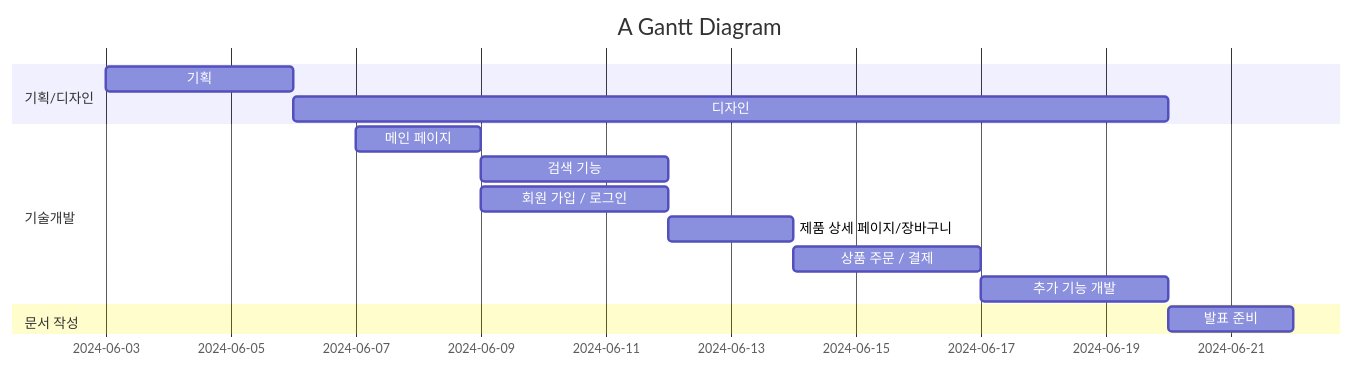
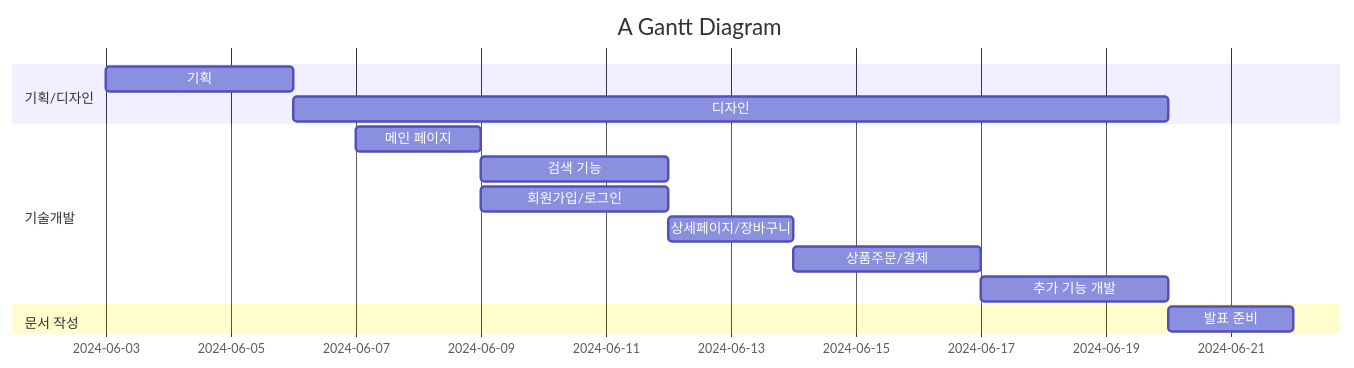
Before and after one commit to laira2/hyean: the diagram in README.md, drawn with Mermaid.

````diff
--- a/README.md
+++ b/README.md
@@ -3,17 +3,17 @@
 ```mermaid
   gantt
     title A Gantt Diagram
     dateFormat  YYYY-MM-DD
     section 기획/디자인
     기획           :a1, 2024-06-03, 3d
     디자인     :after a1  , 14d
     section 기술개발
     메인 페이지      :a2, 2024-06-07  , 2d
     검색 기능       :after a2, 3d
-    회원 가입 / 로그인 :a3, after a2, 3d
-    제품 상세 페이지/장바구니 :a4, after a3, 2d
-    상품 주문 / 결제 :a5, after a4, 3d
+    회원가입/로그인 :a3, after a2, 3d
+    상세페이지/장바구니 :a4, after a3, 2d
+    상품주문/결제 :a5, after a4, 3d
     추가 기능 개발 : after a5, 3d
     section 문서 작성
     발표 준비 : 2024-06-20, 2d
 ```
````
